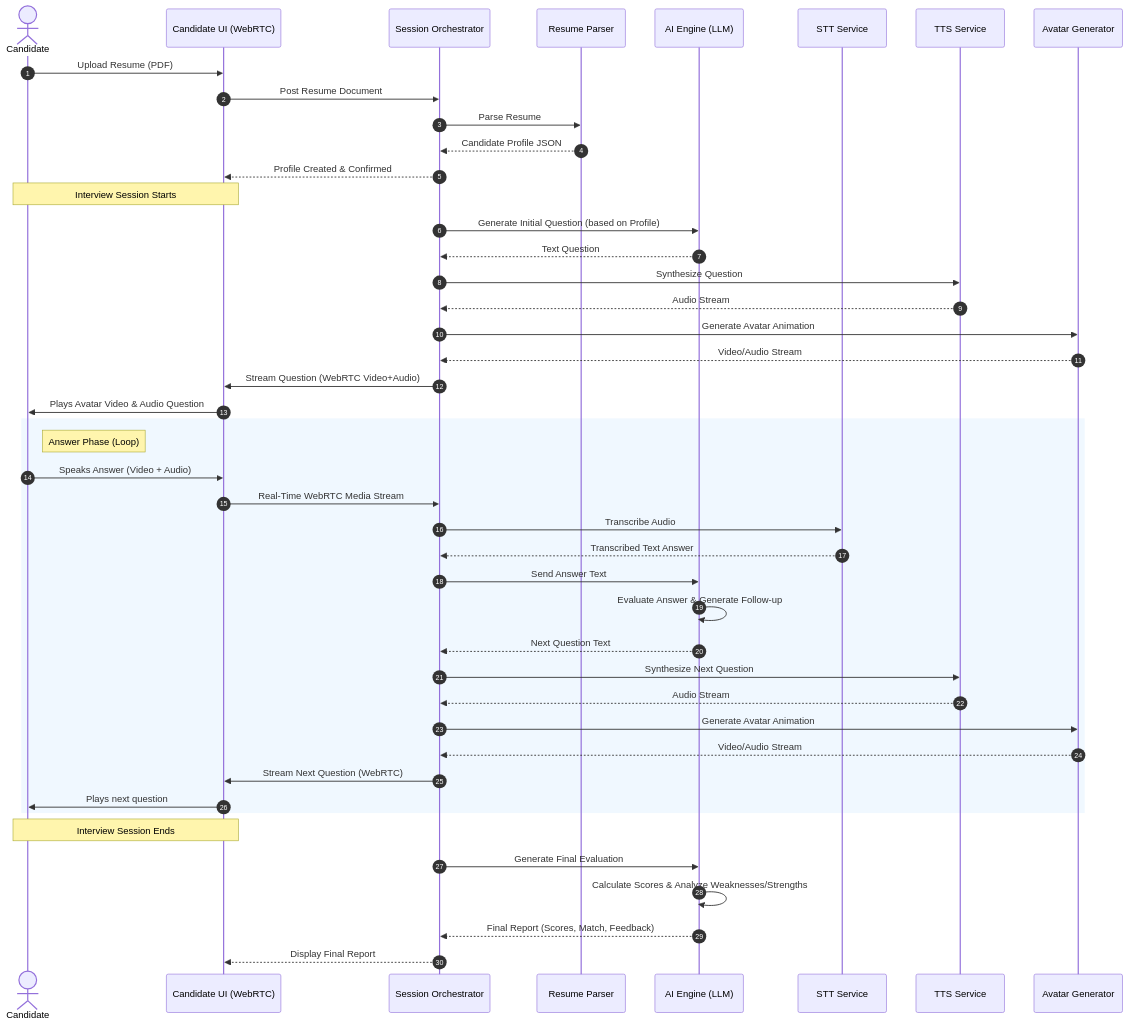
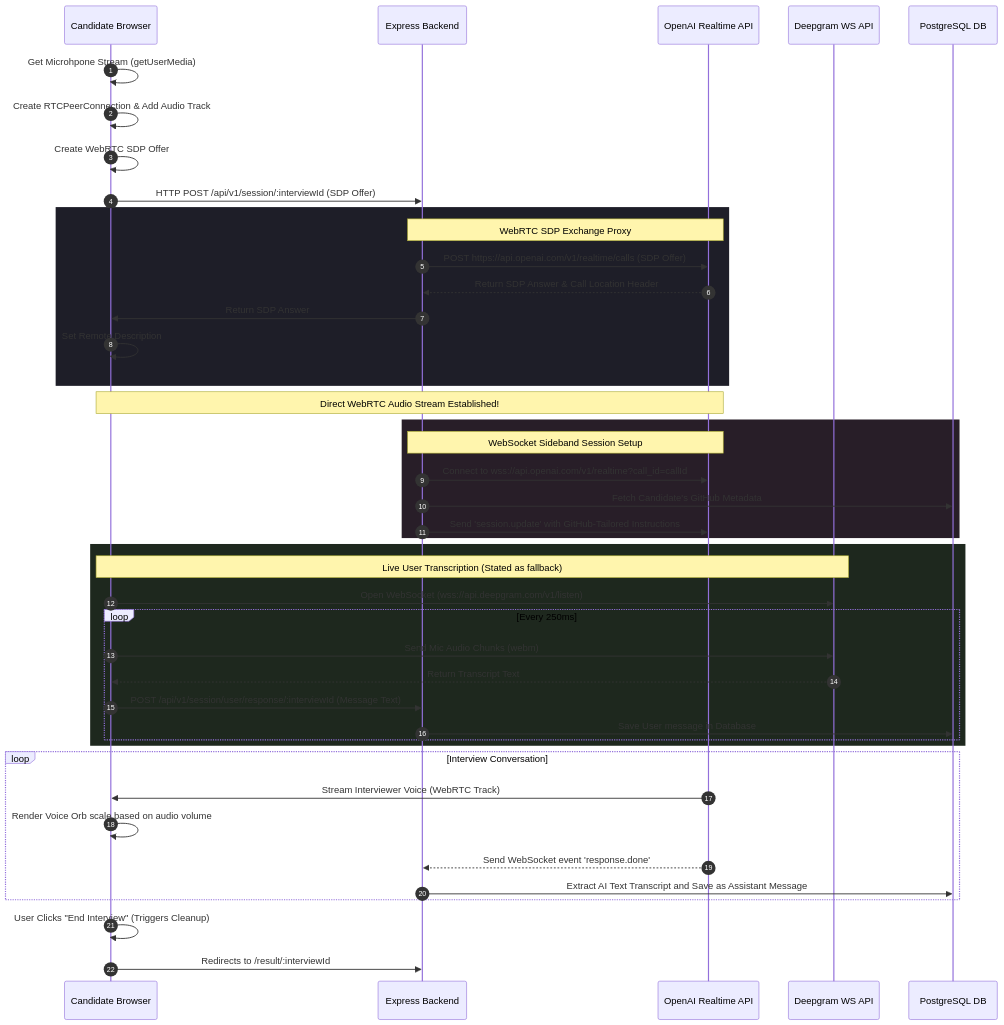
The diagram in README.md (muhammadmaaz-2k5/AI-Interview-Platform), drawn with Mermaid before and after one commit. The commit also changed other lines of this file and 1 other file, not shown here.

Commit message:
added the hight level architecture that we have to follow for this project

````diff
--- a/README.md
+++ b/README.md
@@ -114,54 +101,52 @@
 ```mermaid
 sequenceDiagram
     autonumber
-    actor Candidate as Candidate
-    participant FE as Candidate UI (WebRTC)
-    participant Orch as Session Orchestrator
-    participant Parser as Resume Parser
-    participant AI as AI Engine (LLM)
-    participant STT as STT Service
-    participant TTS as TTS Service
-    participant Av as Avatar Generator
+    participant Browser as Candidate Browser
+    participant Backend as Express Backend
+    participant OpenAI as OpenAI Realtime API
+    participant Deepgram as Deepgram WS API
+    participant DB as PostgreSQL DB
 
-    %% Step 1: Profile creation
-    Candidate->>FE: Upload Resume (PDF)
-    FE->>Orch: Post Resume Document
-    Orch->>Parser: Parse Resume
-    Parser-->>Orch: Candidate Profile JSON
-    Orch-->>FE: Profile Created & Confirmed
+    Browser->>Browser: Get Microhpone Stream (getUserMedia)
+    Browser->>Browser: Create RTCPeerConnection & Add Audio Track
+    Browser->>Browser: Create WebRTC SDP Offer
+    Browser->>Backend: HTTP POST /api/v1/session/:interviewId (SDP Offer)
+    
+    rect rgb(30, 30, 40)
+        Note over Backend, OpenAI: WebRTC SDP Exchange Proxy
+        Backend->>OpenAI: POST https://api.openai.com/v1/realtime/calls (SDP Offer)
+        OpenAI-->>Backend: Return SDP Answer & Call Location Header
+        Backend->>Browser: Return SDP Answer
+        Browser->>Browser: Set Remote Description
+    end
+    
+    Note over Browser, OpenAI: Direct WebRTC Audio Stream Established!
 
-    %% Step 2: Interview Loop
-    Note over Candidate, FE: Interview Session Starts
-    Orch->>AI: Generate Initial Question (based on Profile)
-    AI-->>Orch: Text Question
-    Orch->>TTS: Synthesize Question
-    TTS-->>Orch: Audio Stream
-    Orch->>Av: Generate Avatar Animation
-    Av-->>Orch: Video/Audio Stream
-    Orch->>FE: Stream Question (WebRTC Video+Audio)
-    FE->>Candidate: Plays Avatar Video & Audio Question
-
-    rect rgb(240, 248, 255)
-        Note right of Candidate: Answer Phase (Loop)
-        Candidate->>FE: Speaks Answer (Video + Audio)
-        FE->>Orch: Real-Time WebRTC Media Stream
-        Orch->>STT: Transcribe Audio
-        STT-->>Orch: Transcribed Text Answer
-        Orch->>AI: Send Answer Text
-        AI->>AI: Evaluate Answer & Generate Follow-up
-        AI-->>Orch: Next Question Text
-        Orch->>TTS: Synthesize Next Question
-        TTS-->>Orch: Audio Stream
-        Orch->>Av: Generate Avatar Animation
-        Av-->>Orch: Video/Audio Stream
-        Orch->>FE: Stream Next Question (WebRTC)
-        FE->>Candidate: Plays next question
+    rect rgb(40, 30, 40)
+        Note over Backend, OpenAI: WebSocket Sideband Session Setup
+        Backend->>OpenAI: Connect to wss://api.openai.com/v1/realtime?call_id=callId
+        Backend->>DB: Fetch Candidate's GitHub Metadata
+        Backend->>OpenAI: Send 'session.update' with GitHub-Tailored Instructions
     end
 
-    %% Step 3: Reporting
-    Note over Candidate, FE: Interview Session Ends
-    Orch->>AI: Generate Final Evaluation
-    AI->>AI: Calculate Scores & Analyze Weaknesses/Strengths
-    AI-->>Orch: Final Report (Scores, Match, Feedback)
-    Orch-->>FE: Display Final Report
+    rect rgb(30, 40, 30)
+        Note over Browser, Deepgram: Live User Transcription (Stated as fallback)
+        Browser->>Deepgram: Open WebSocket (wss://api.deepgram.com/v1/listen)
+        loop Every 250ms
+            Browser->>Deepgram: Send Mic Audio Chunks (webm)
+            Deepgram-->>Browser: Return Transcript Text
+            Browser->>Backend: POST /api/v1/session/user/response/:interviewId (Message Text)
+            Backend->>DB: Save User message in Database
+        end
+    end
+
+    loop Interview Conversation
+        OpenAI->>Browser: Stream Interviewer Voice (WebRTC Track)
+        Browser->>Browser: Render Voice Orb scale based on audio volume
+        OpenAI-->>Backend: Send WebSocket event 'response.done'
+        Backend->>DB: Extract AI Text Transcript and Save as Assistant Message
+    end
+
+    Browser->>Browser: User Clicks "End Interview" (Triggers Cleanup)
+    Browser->>Backend: Redirects to /result/:interviewId
 ```
````
